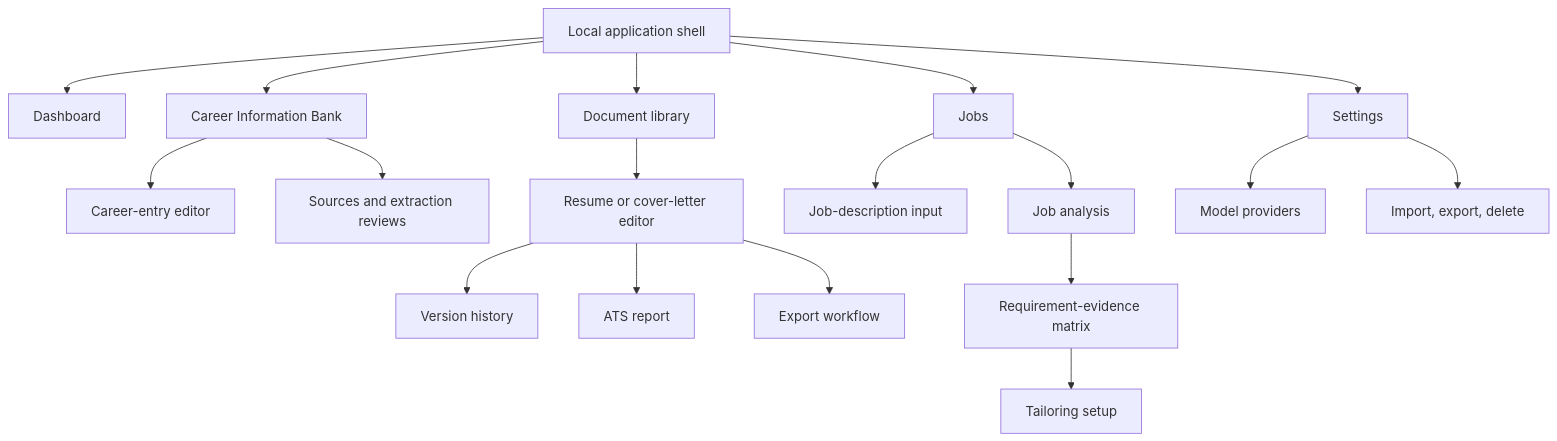
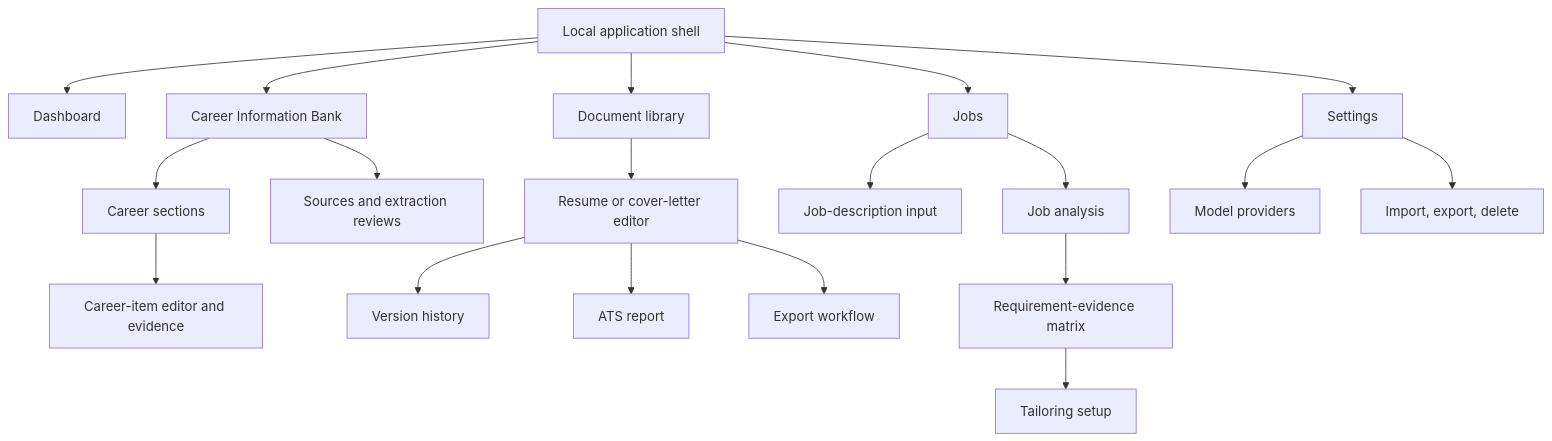
One commit to Kasu724/vitae-stack changed the diagram in docs/design/INFORMATION_ARCHITECTURE.md. Above: the diagram before and after it, drawn with Mermaid. The commit also changed other lines of this file and 14 other files, not shown here.

````diff
--- a/docs/design/INFORMATION_ARCHITECTURE.md
+++ b/docs/design/INFORMATION_ARCHITECTURE.md
@@ -5,20 +5,21 @@
 ```mermaid
 flowchart TD
   Shell[Local application shell] --> Dash[Dashboard]
   Shell --> Bank[Career Information Bank]
   Shell --> Docs[Document library]
   Shell --> Jobs[Jobs]
   Shell --> Settings[Settings]
-  Bank --> Entry[Career-entry editor]
+  Bank --> Sections[Career sections]
+  Sections --> Entry[Career-item editor and evidence]
   Bank --> Sources[Sources and extraction reviews]
   Docs --> Editor[Resume or cover-letter editor]
   Editor --> Versions[Version history]
   Editor --> ATS[ATS report]
   Editor --> Export[Export workflow]
   Jobs --> Input[Job-description input]
   Jobs --> Analysis[Job analysis]
   Analysis --> Matrix[Requirement-evidence matrix]
   Matrix --> Setup[Tailoring setup]
   Settings --> Providers[Model providers]
   Settings --> Data[Import, export, delete]
 ```
````
